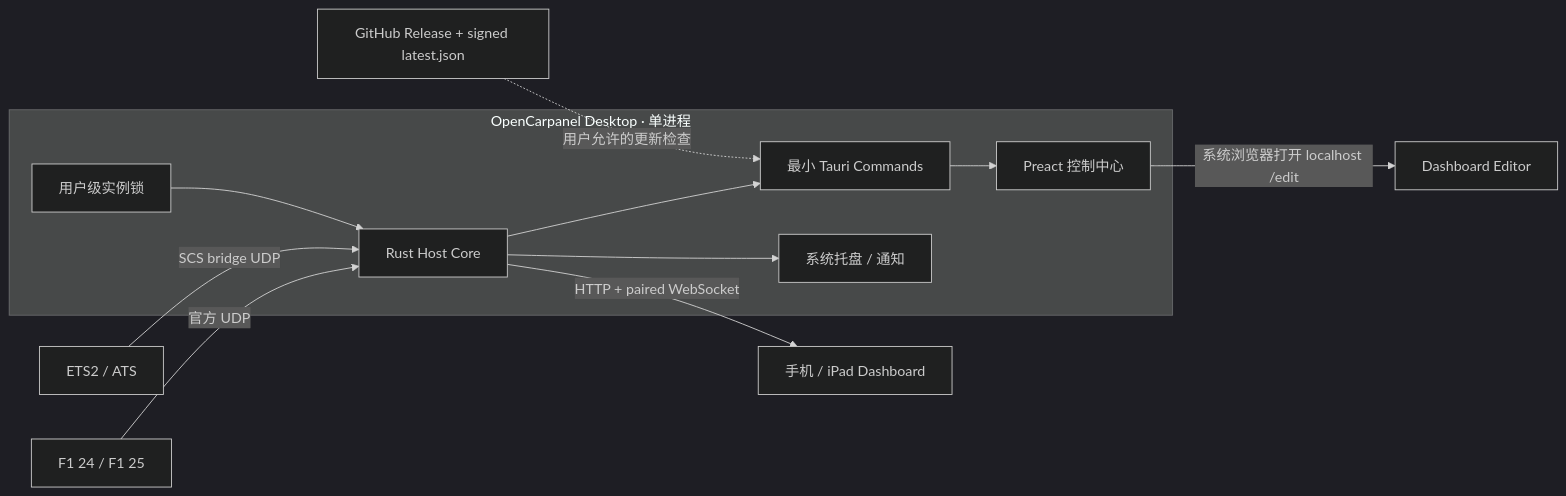
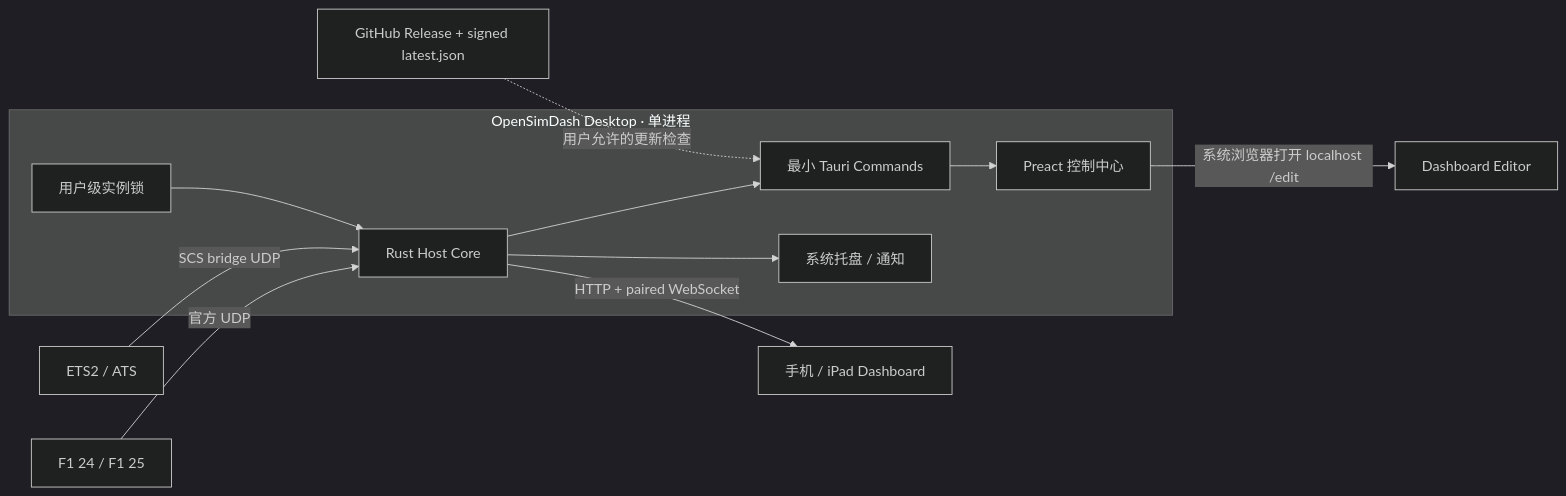
Before and after one commit to LeoAndJellyfish/OpenCarpanel: the first of 2 diagrams in docs/plans/2026-08-12-v0.2-desktop-control-center-design.md, drawn with Mermaid (dark theme). The commit also changed other lines of this file and 221 other files, not shown here.

Commit message:
refactor(brand): rename project to OpenSimDash (#12)

````diff
--- a/docs/plans/2026-08-12-v0.2-desktop-control-center-design.md
+++ b/docs/plans/2026-08-12-v0.2-desktop-control-center-design.md
@@ -17,20 +17,20 @@
 ```mermaid
 flowchart LR
     F1["F1 24 / F1 25"] -->|"官方 UDP"| Core
     SCS["ETS2 / ATS"] -->|"SCS bridge UDP"| Core
 
-    subgraph Desktop["OpenCarpanel Desktop · 单进程"]
+    subgraph Desktop["OpenSimDash Desktop · 单进程"]
         Lock["用户级实例锁"]
         Core["Rust Host Core"]
         Cmd["最小 Tauri Commands"]
         Tray["系统托盘 / 通知"]
         UI["Preact 控制中心"]
         Lock --> Core
         Core --> Cmd --> UI
         Core --> Tray
     end
 
     Core -->|"HTTP + paired WebSocket"| Mobile["手机 / iPad Dashboard"]
     UI -->|"系统浏览器打开 localhost /edit"| Editor["Dashboard Editor"]
     Release["GitHub Release + signed latest.json"] -. "用户允许的更新检查" .-> Cmd
 ```
````
